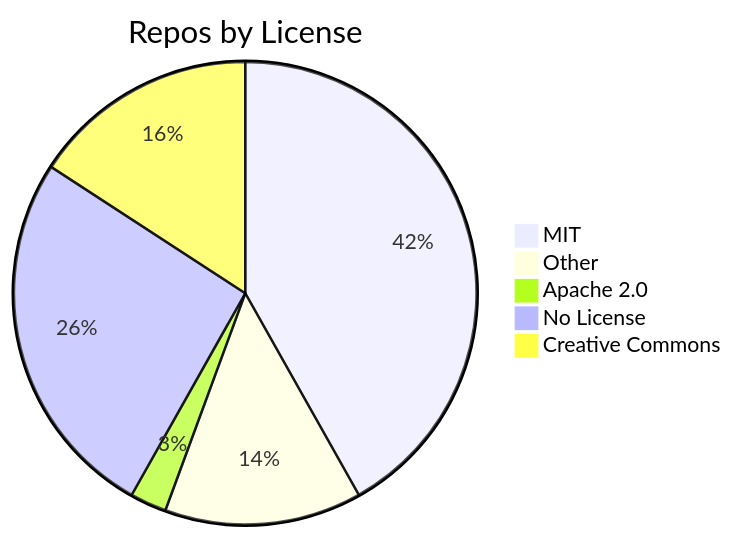
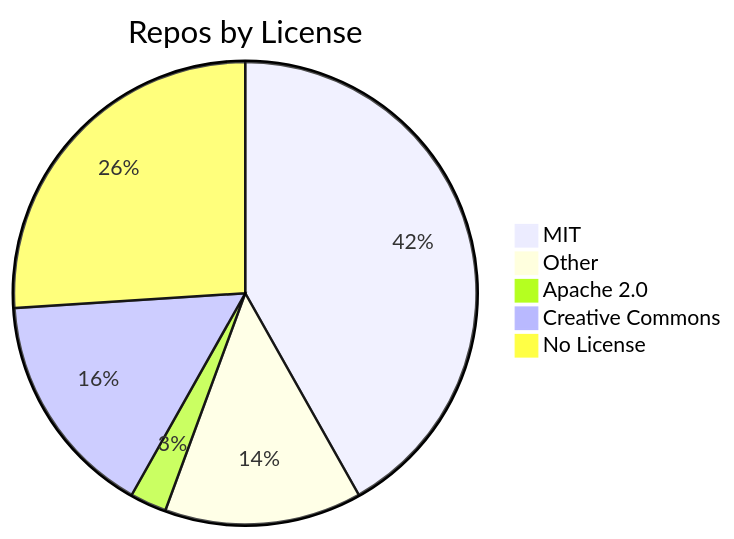
One commit to jpatterson933/awesome-mcp-server-repo-index changed the diagram in README.md. Above: the diagram before and after it, drawn with Mermaid. The commit also changed other lines of this file and 7 other files, not shown here.

````diff
--- a/README.md
+++ b/README.md
@@ -31,8 +31,8 @@
 ```mermaid
 pie title Repos by License
     "MIT" : 82
     "Other" : 27
     "Apache 2.0" : 5
+    "Creative Commons" : 31
     "No License" : 51
-    "Creative Commons" : 31
 ```
````
